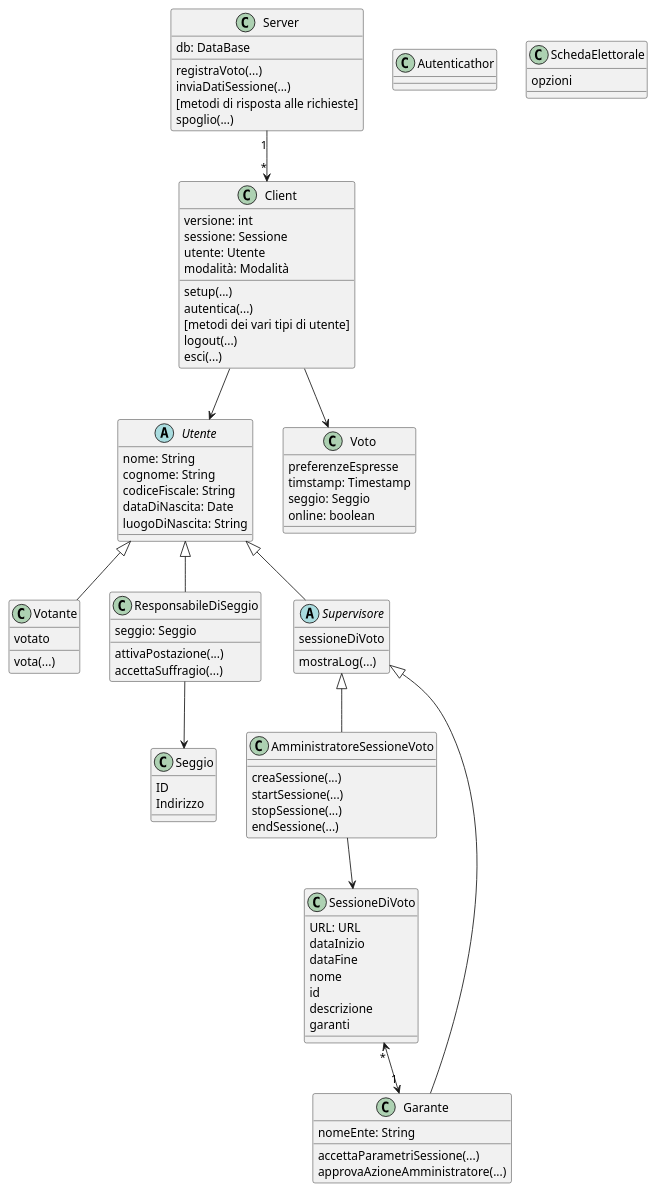
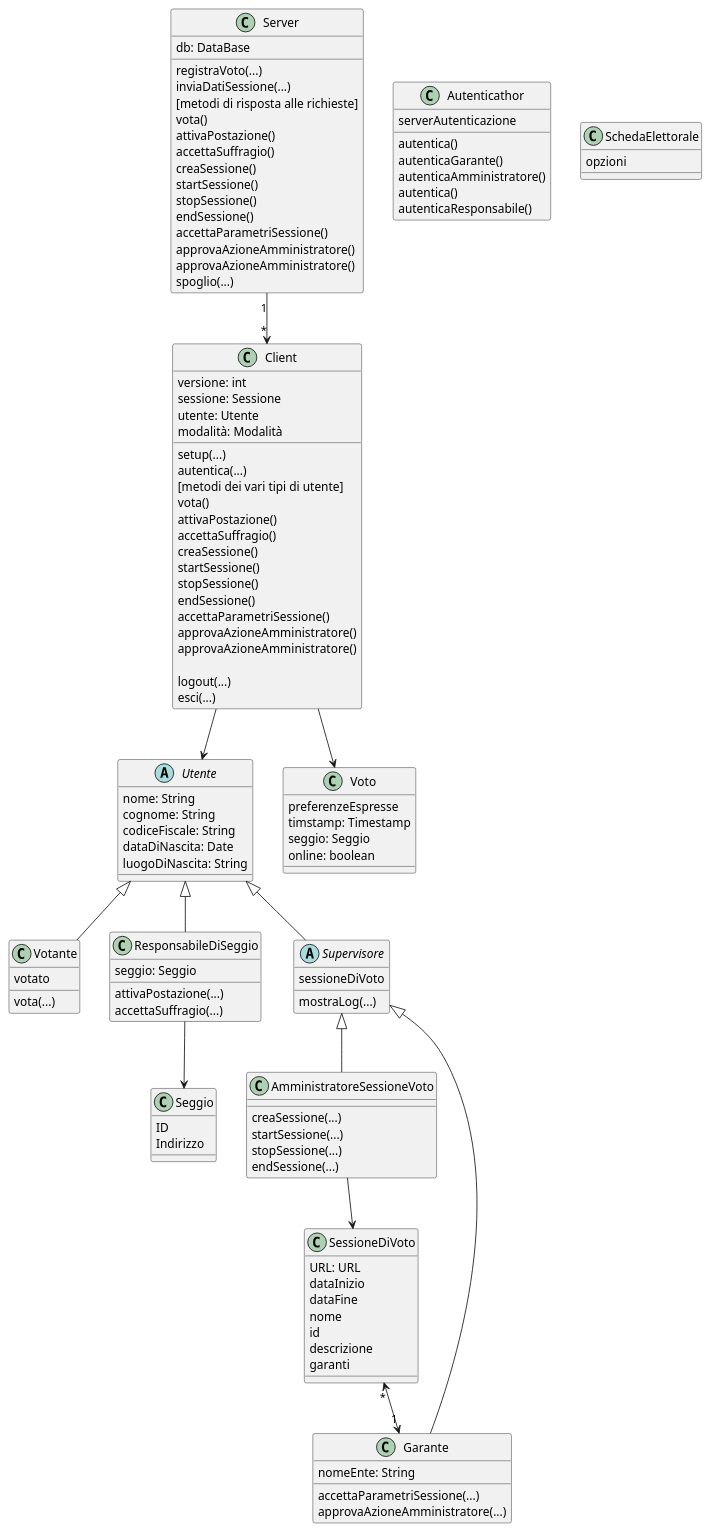
The diagram in UML/class.puml (sgorblex-unimi/SVeSE_docs), drawn with PlantUML before and after one commit.

Commit message:
Aggiunta classe Authenticator e copiato i metodi di client e server

```diff
--- a/UML/class.puml
+++ b/UML/class.puml
@@ -1,105 +1,134 @@
 @startuml
 'left to right direction
 
 abstract class Utente {
 	nome: String
 	cognome: String
 	codiceFiscale: String
 	dataDiNascita: Date
 	luogoDiNascita: String
 }
 
 class Votante extends Utente {
 	votato
 	{method} vota(...)
 }
 
 class Seggio {
 	ID
 	Indirizzo
 }
 
 class ResponsabileDiSeggio {
 	seggio: Seggio
 	{method} attivaPostazione(...)
 	{method} accettaSuffragio(...)
 }
 ResponsabileDiSeggio --> Seggio
-Utente <|-- ResponsabileDiSeggio 
+Utente <|-- ResponsabileDiSeggio
 
 abstract class Supervisore extends Utente {
 	sessioneDiVoto
 	{method} mostraLog(...)
 }
 
 class AmministratoreSessioneVoto extends Supervisore {
 	{method} creaSessione(...)
 	{method} startSessione(...)
 	{method} stopSessione(...)
 	{method} endSessione(...)
 }
 
-class Garante extends Supervisore {	
+class Garante extends Supervisore {
 	'classe Ente?
 	nomeEnte: String
 	{method} accettaParametriSessione(...)
 	{method} approvaAzioneAmministratore(...)
 }
 
 class Voto {
 	preferenzeEspresse
 	timstamp: Timestamp
 	seggio: Seggio
 	online: boolean
 	'insieme di preferenze nel caso siano ci siano contemporaneamente più votazioni
 }
 
 class Autenticathor {
-
+	{field} serverAutenticazione
+	{method} autentica()
+	{method} autenticaGarante()
+	{method} autenticaAmministratore()
+	{method} autentica()
+	{method} autenticaResponsabile()
 }
 
 'classe del main
 class Client {
 	{field} versione: int
 	{field} sessione: Sessione
 	{field} utente: Utente
 	{field} modalità: Modalità
 	' imposta il server e predispone l'interfaccia (pronta per l'autenticazione)
 	{method} setup(...)
 	' imposta utente e modalità dopo aver verificato l'identità della persona e eventualmente le credenziali di utente privilegiato
 	'{method} autentica(codiceFiscale: String, password: String)
 	{method} autentica(...)
+	' #############################################################
 	{method} [metodi dei vari tipi di utente]
+	{method} vota()
+	{method} attivaPostazione()
+	{method} accettaSuffragio()
+	{method} creaSessione() 
+	{method} startSessione()
+	{method} stopSessione()
+	{method} endSessione()
+	{method} accettaParametriSessione()
+	{method} approvaAzioneAmministratore()
+	{method} approvaAzioneAmministratore()
+
+	' #############################################################
 	{method} logout(...)
 	{method} esci(...)
 }
 Client --> Utente
 Client --> Voto
 
 'classe del main
 class Server {
 	{field} db: DataBase
 	{method} registraVoto(...)
 	{method} inviaDatiSessione(...)
 	{method} [metodi di risposta alle richieste]
+	{method} vota()
+	{method} attivaPostazione()
+	{method} accettaSuffragio()
+	{method} creaSessione() 
+	{method} startSessione()
+	{method} stopSessione()
+	{method} endSessione()
+	{method} accettaParametriSessione()
+	{method} approvaAzioneAmministratore()
+	{method} approvaAzioneAmministratore()
+	' #############################################################
 	{method} spoglio(...)
 }
 Server "1" --> "*" Client
 
 class SessioneDiVoto {
 	URL: URL
 	dataInizio
 	dataFine
 	nome
 	id
 	descrizione
 	garanti
 }
 AmministratoreSessioneVoto --> SessioneDiVoto
 SessioneDiVoto "*" <--> "1" Garante
 
 class SchedaElettorale {
 	opzioni
 }
 
 @enduml
```
